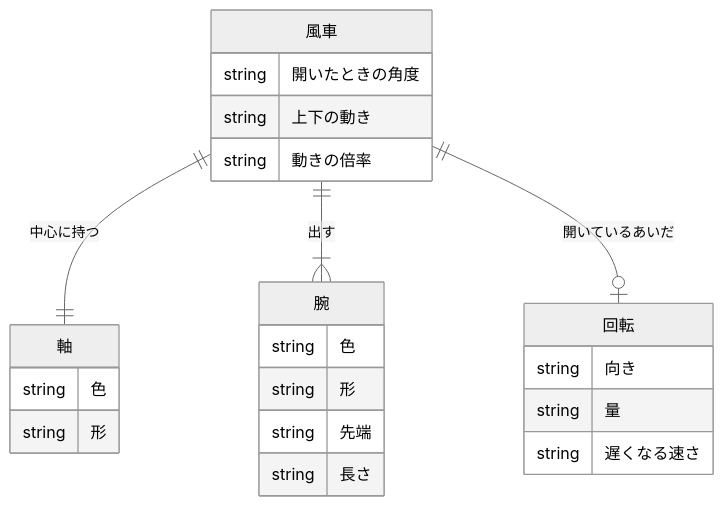
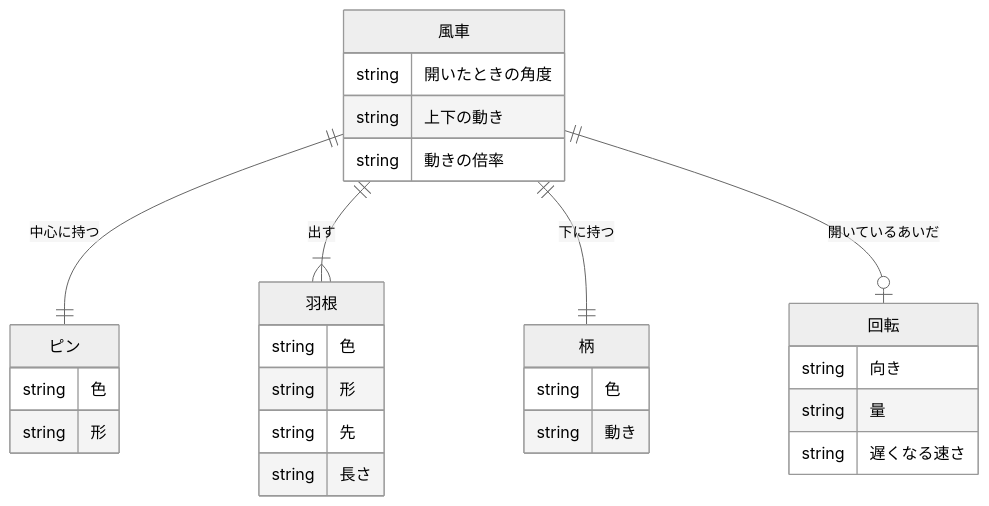
One commit to pfgnsb/hand-spinner changed the second of 3 diagrams in spinner/ドキュメント/ER図.md. Above: the diagram before and after it, drawn with Mermaid (neutral theme). The commit also changed other lines of this file and 13 other files, not shown here.

````diff
--- a/spinner/ドキュメント/ER図.md
+++ b/spinner/ドキュメント/ER図.md
@@ -40,26 +40,31 @@
 ```mermaid
 erDiagram
-  風車 ||--|| 軸 : 中心に持つ
-  風車 ||--|{ 腕 : 出す
+  風車 ||--|| ピン : 中心に持つ
+  風車 ||--|{ 羽根 : 出す
+  風車 ||--|| 柄 : 下に持つ
   風車 ||--o| 回転 : 開いているあいだ
   風車 {
     string 開いたときの角度
     string 上下の動き
     string 動きの倍率
   }
-  軸 {
+  ピン {
     string 色
     string 形
   }
-  腕 {
+  羽根 {
     string 色
     string 形
-    string 先端
+    string 先
     string 長さ
+  }
+  柄 {
+    string 色
+    string 動き
   }
   回転 {
     string 向き
     string 量
     string 遅くなる速さ
   }
 ```
````
